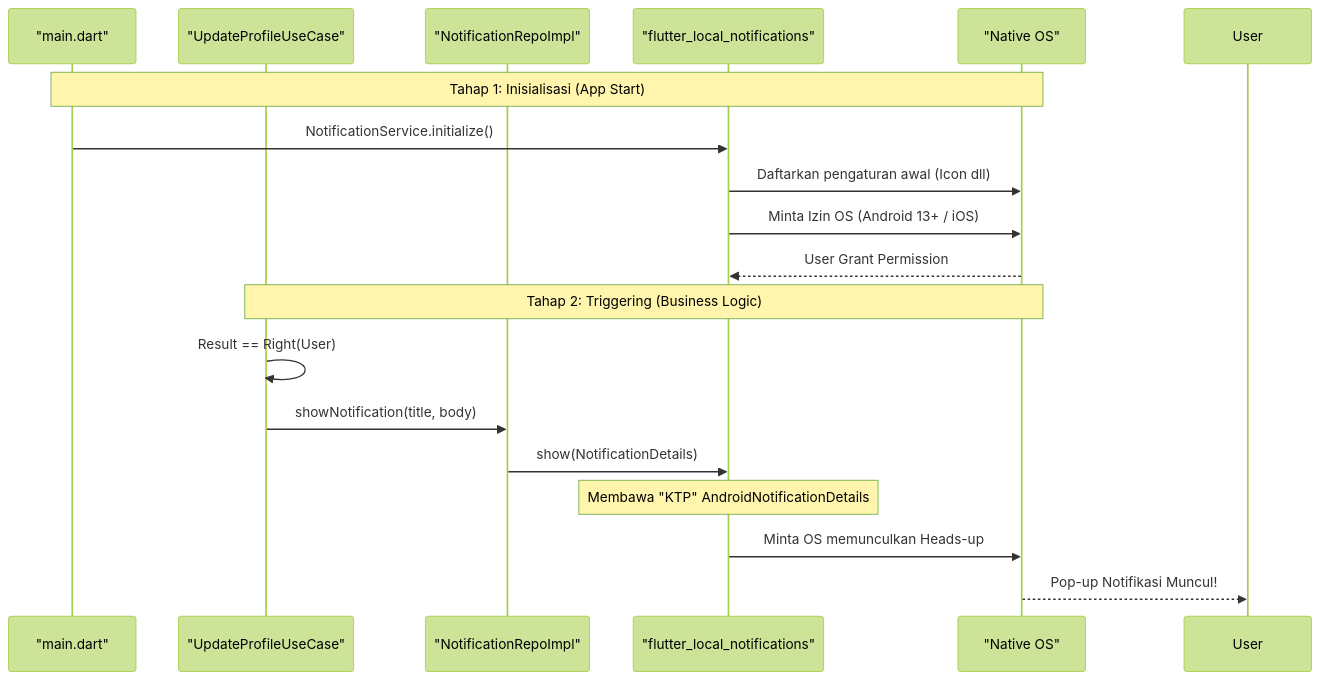
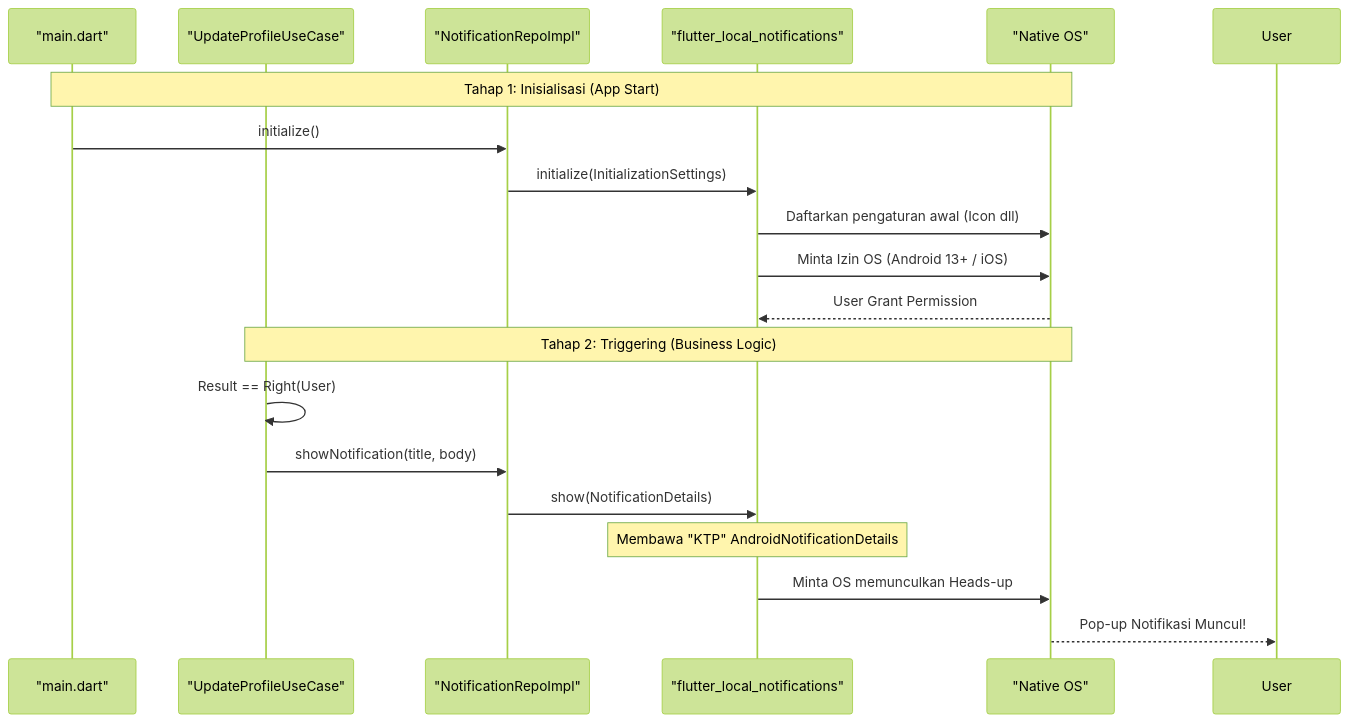
Before and after one commit to nunutech40/news-app-flutter: the fifth of 6 diagrams in docs/features/update_profile.md, drawn with Mermaid (forest theme). The commit also changed 4 other files, not shown here.

````diff
--- a/docs/features/update_profile.md
+++ b/docs/features/update_profile.md
@@ -189,22 +189,23 @@
 ```mermaid
 sequenceDiagram
     participant Main as "main.dart"
     participant UC as "UpdateProfileUseCase"
     participant Notif as "NotificationRepoImpl"
     participant Plugin as "flutter_local_notifications"
     participant OS as "Native OS"
 
     Note over Main,OS: Tahap 1: Inisialisasi (App Start)
-    Main->>Plugin: NotificationService.initialize()
+    Main->>Notif: initialize()
+    Notif->>Plugin: initialize(InitializationSettings)
     Plugin->>OS: Daftarkan pengaturan awal (Icon dll)
     Plugin->>OS: Minta Izin OS (Android 13+ / iOS)
     OS-->>Plugin: User Grant Permission
     
     Note over UC,OS: Tahap 2: Triggering (Business Logic)
     UC->>UC: Result == Right(User)
     UC->>Notif: showNotification(title, body)
     Notif->>Plugin: show(NotificationDetails)
     Note over Plugin: Membawa "KTP" AndroidNotificationDetails
     Plugin->>OS: Minta OS memunculkan Heads-up
     OS-->>User: Pop-up Notifikasi Muncul!
 ```
````
